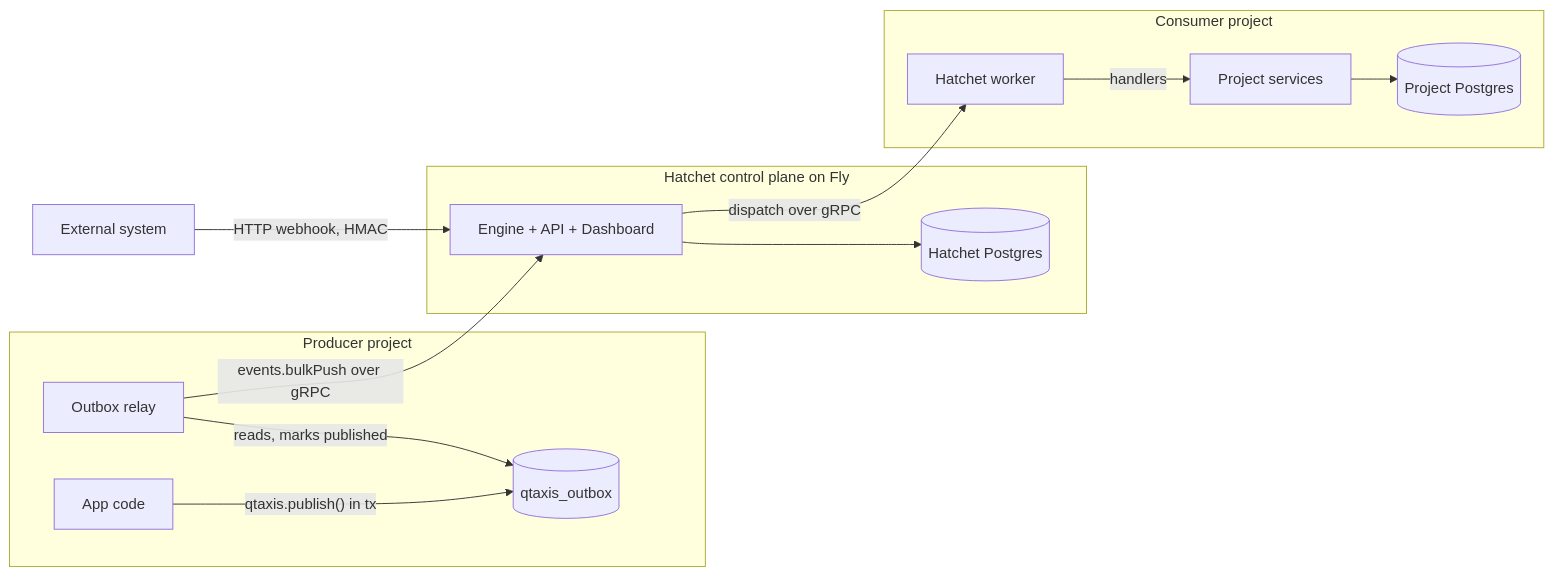
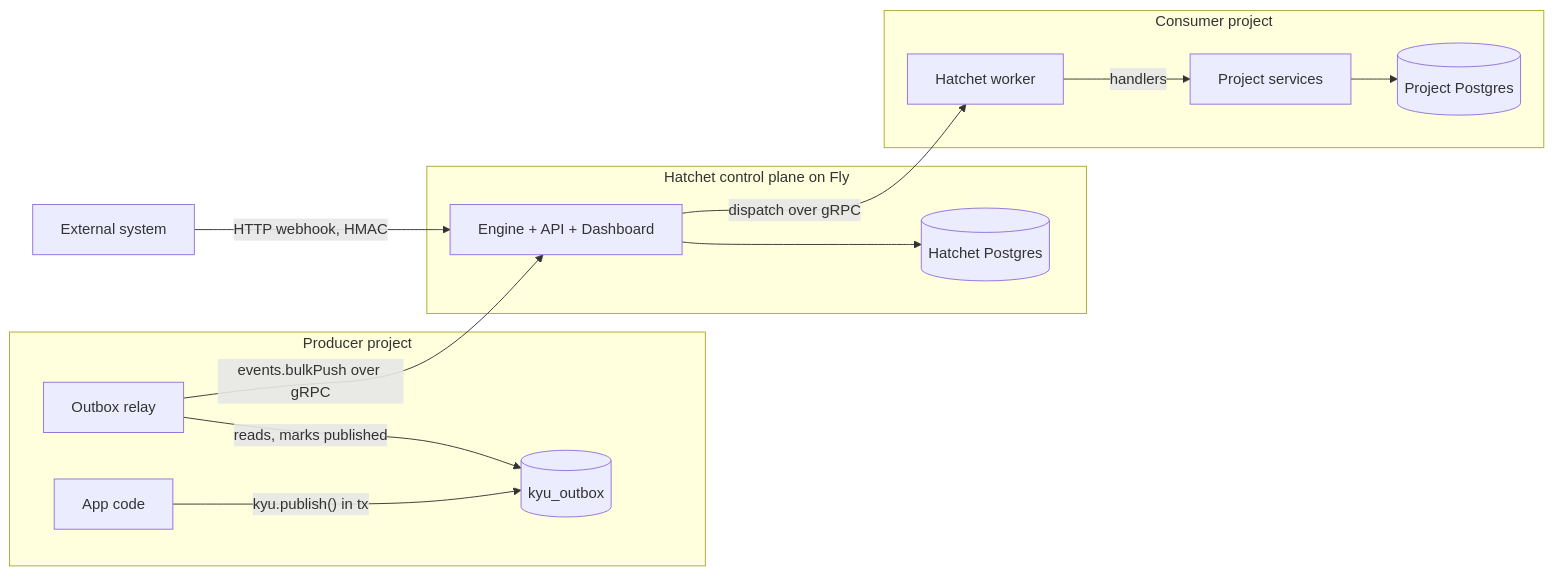
The diagram in docs/design/kyu-requirements-and-design.md (kyuworks/kyu), drawn with Mermaid before and after one commit. The commit also changed other lines of this file and 31 other files, not shown here.

First line of the commit message:
chore: rename docs and skills from Qtaxis to Kyu

````diff
--- a/docs/design/kyu-requirements-and-design.md
+++ b/docs/design/kyu-requirements-and-design.md
@@ -132,17 +132,17 @@
 ```mermaid
 flowchart LR
   subgraph Producer project
-    APP[App code] -->|"qtaxis.publish() in tx"| OUTBOX[(qtaxis_outbox)]
+    APP[App code] -->|"kyu.publish() in tx"| OUTBOX[(kyu_outbox)]
     RELAY[Outbox relay] -->|reads, marks published| OUTBOX
   end
   RELAY -->|"events.bulkPush over gRPC"| ENGINE
   subgraph Hatchet control plane on Fly
     ENGINE[Engine + API + Dashboard] --> HPG[(Hatchet Postgres)]
   end
   EXT[External system] -->|HTTP webhook, HMAC| ENGINE
   subgraph Consumer project
     WORKER[Hatchet worker] -->|handlers| SVC[Project services]
     SVC --> CPG[(Project Postgres)]
   end
   ENGINE -->|dispatch over gRPC| WORKER
 ```
````
